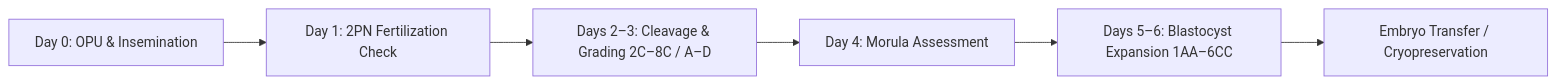
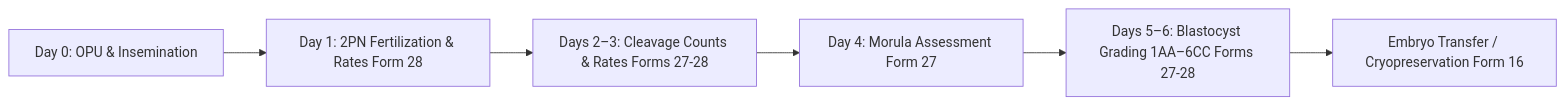
The first of 2 diagrams in docs/records/2026-10-14/presentation_notes.md (MET4L-DS/open-mrs), drawn with Mermaid before and after one commit. The commit also changed other lines of this file and 3 other files, not shown here.

````diff
--- a/docs/records/2026-10-14/presentation_notes.md
+++ b/docs/records/2026-10-14/presentation_notes.md
@@ -15,8 +17,8 @@
 ```mermaid
 flowchart LR
-    A[Day 0: OPU & Insemination] --> B[Day 1: 2PN Fertilization Check]
-    B --> C[Days 2–3: Cleavage & Grading 2C–8C / A–D]
-    C --> D[Day 4: Morula Assessment]
-    D --> E[Days 5–6: Blastocyst Expansion 1AA–6CC]
-    E --> F[Embryo Transfer / Cryopreservation]
+    A[Day 0: OPU & Insemination] --> B[Day 1: 2PN Fertilization & Rates Form 28]
+    B --> C[Days 2–3: Cleavage Counts & Rates Forms 27-28]
+    C --> D[Day 4: Morula Assessment Form 27]
+    D --> E[Days 5–6: Blastocyst Grading 1AA–6CC Forms 27-28]
+    E --> F[Embryo Transfer / Cryopreservation Form 16]
 ```
````
